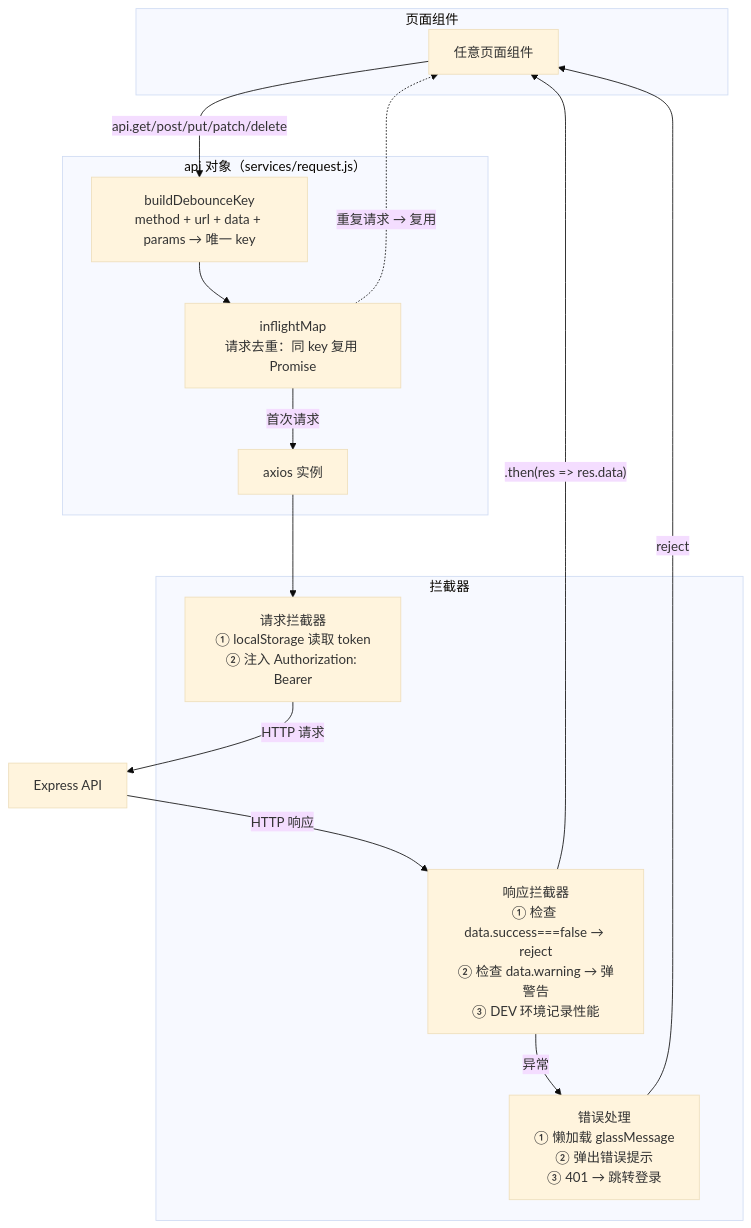
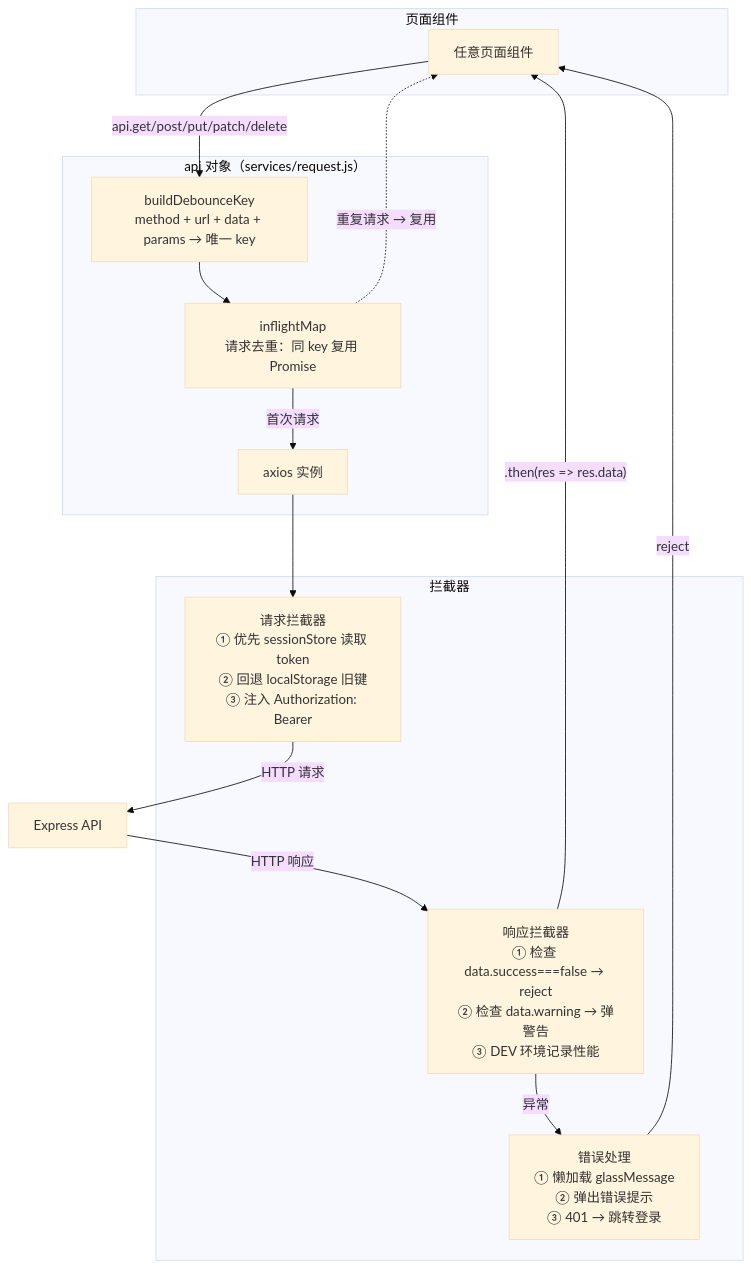
Diagram 12 of 14 in docs/admin/admin-dataflow.md (chendingya/EaseStay), drawn with Mermaid (base theme) before and after one commit. The commit also changed other lines of this file and 4 other files, not shown here.

````diff
--- a/docs/admin/admin-dataflow.md
+++ b/docs/admin/admin-dataflow.md
@@ -421,29 +421,29 @@
 ```mermaid
 graph TB
     subgraph 页面组件
         Component["任意页面组件"]
     end
 
     subgraph api对象["api 对象（services/request.js）"]
         BuildKey["buildDebounceKey<br/>method + url + data + params → 唯一 key"]
         InflightMap["inflightMap<br/>请求去重：同 key 复用 Promise"]
         Axios["axios 实例"]
     end
 
     subgraph 拦截器
-        ReqInterceptor["请求拦截器<br/>① localStorage 读取 token<br/>② 注入 Authorization: Bearer"]
+        ReqInterceptor["请求拦截器<br/>① 优先 sessionStore 读取 token<br/>② 回退 localStorage 旧键<br/>③ 注入 Authorization: Bearer"]
         ResInterceptor["响应拦截器<br/>① 检查 data.success===false → reject<br/>② 检查 data.warning → 弹警告<br/>③ DEV 环境记录性能"]
         ErrHandler["错误处理<br/>① 懒加载 glassMessage<br/>② 弹出错误提示<br/>③ 401 → 跳转登录"]
     end
 
     Component -->|"api.get/post/put/patch/delete"| BuildKey
     BuildKey --> InflightMap
     InflightMap -->|"首次请求"| Axios
     InflightMap -.->|"重复请求 → 复用"| Component
     Axios --> ReqInterceptor
     ReqInterceptor -->|"HTTP 请求"| Server["Express API"]
     Server -->|"HTTP 响应"| ResInterceptor
     ResInterceptor -->|".then(res => res.data)"| Component
     ResInterceptor -->|"异常"| ErrHandler
     ErrHandler -->|"reject"| Component
 ```
````
